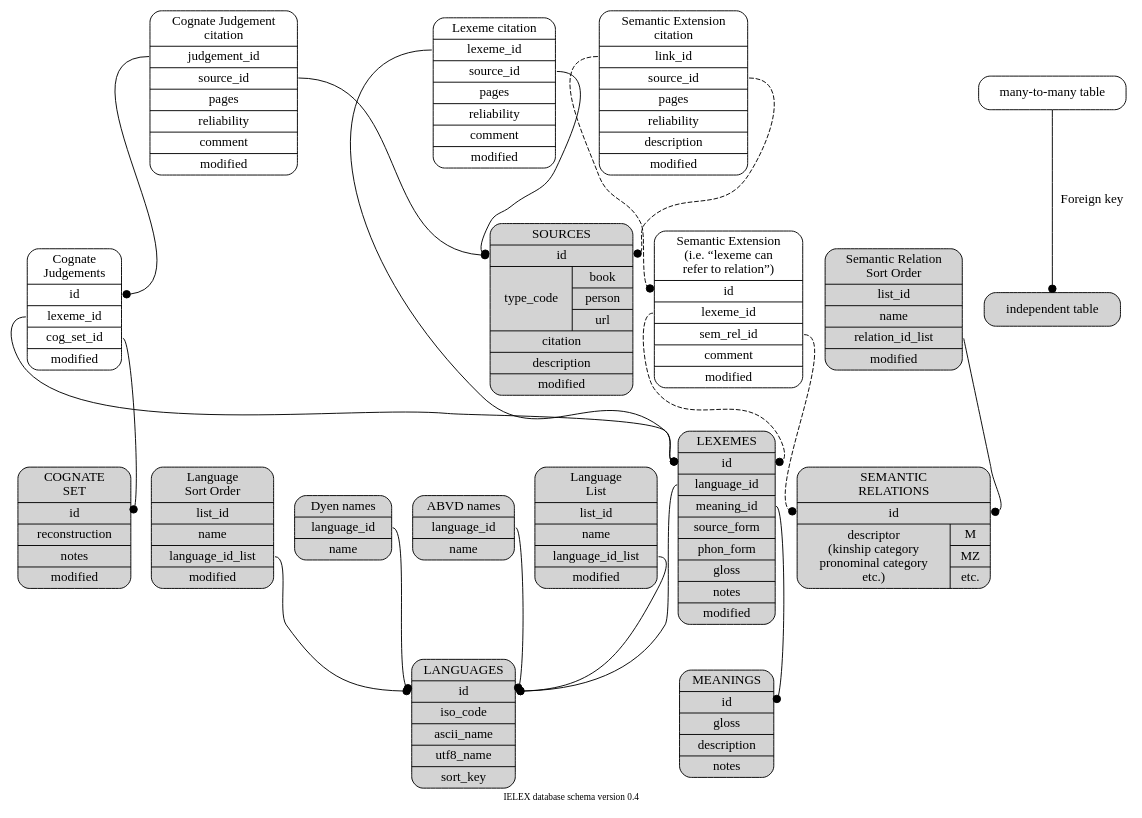
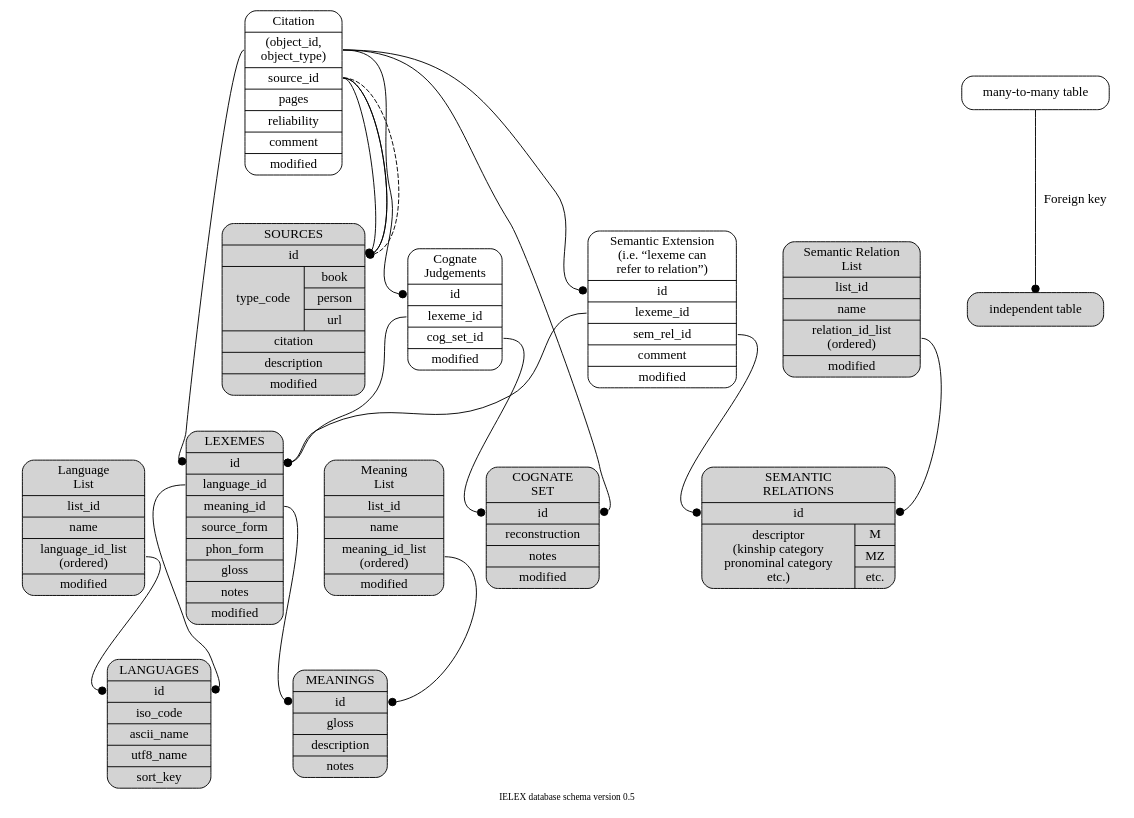
One commit to lingdb/CoBL-public changed the diagram in dev/database_structure.dot. Above: the diagram before and after it, drawn with Graphviz. The commit also changed 3 other files, not shown here.

```diff
--- a/dev/database_structure.dot
+++ b/dev/database_structure.dot
@@ -1,85 +1,75 @@
 digraph g { // neato -Tpdf -O database_structure.dot
   ordering=out;
   fontsize=10;
   overlap=scale;
   splines=true;
   sep=0.2;
   ratio=0.7;
-  label="IELEX database schema version 0.4";
+  label="IELEX database schema version 0.5";
   node [shape=Mrecord];
   edge [arrowhead=dot];
 
+  // 0
+  language_list [pos="0,4.5!", style=filled,
+	label="{Language\nList | list_id | name |<lid> language_id_list\n(ordered) | modified }"];
+  meaning_list [pos="0,2.5!", style=filled,
+	label="{Meaning\nList | list_id | name |<mid> meaning_id_list\n(ordered) | modified }"];
+  relation_list [pos="0,1!", style=filled,
+	label="{Semantic Relation\nList | list_id | name |<rid> relation_id_list\n(ordered) | modified }"];
+
+  // 1
+  language [pos="1,4!",style=filled,
+	label="{LANGUAGES |<id> id | iso_code | ascii_name | utf8_name | sort_key }"];
+  meaning [pos="1,2.5!",style=filled,
+	label="{MEANINGS |<id> id | gloss | description |notes }"];
+  relation [pos="1.5,1!",style=filled,
+	label="{SEMANTIC\nRELATIONS | <id> id |{descriptor\n(kinship category\npronominal category\netc.) |{M | MZ | etc.}}}"];
+
+  // 2
   lexeme [pos="2,3!",style=filled,
 	label="{LEXEMES |<id> id |<lid> language_id |<mid> meaning_id | source_form | phon_form | gloss | notes | modified }"];
-  source [pos="7,3!",style=filled,
-	label="{SOURCES |<id> id |{type_code |{book | person | url}}|  citation | description | modified }"];
-  meaning [pos="1,2!",style=filled,
-	label="{MEANINGS |<id> id | gloss | description |notes }"];
-  language [pos="1,4!",style=filled,
-	label="{LANGUAGES |<id> id | iso_code | ascii_name | utf8_name | sort_key }"];
+
+  // 3
+  judgement [pos="3,5!",
+	label="{Cognate\nJudgements |<id> id |<fid> lexeme_id |<cid> cog_set_id | modified }"];
+  semantic_extension [pos="3.5,2!",
+	label="{Semantic Extension\n(i.e. “lexeme can\n  refer to relation”) |<id> id |<fid> lexeme_id |<bid> sem_rel_id |  comment | modified }"];
+
+  // 4
   cogset [pos="4,4!",style=filled,
 	label="{COGNATE\nSET |<id> id | reconstruction | notes | modified }"];
-  relation [pos="4,1!",style=filled,
-	label="{SEMANTIC\nRELATIONS | <id> id |{descriptor\n(kinship category\npronominal category\netc.) |{M | MZ | etc.}}}"];
-  dyen_name [pos="0,5!",style=filled,
-	label="{Dyen names |<lid> language_id | name}"];
-  abvd_name [pos="0,4!",style=filled,
-	label="{ABVD names |<lid> language_id | name}"];
-  language_list [pos="0,3!", style=filled,
-	label="{Language\nList | list_id | name |<lid> language_id_list | modified }"];
-  sort_order [pos="0,2!", style=filled,
-	label="{Language\nSort Order | list_id | name |<lid> language_id_list | modified }"];
-  key1 [pos="0,1!", label="independent table", style=filled];
-  key2 [pos="2,1!", label="many-to-many table"];
+
+  // 5
+  citation [pos="5,3!",
+	label="{Citation |<oid> (object_id,\nobject_type) |<sid> source_id | pages | reliability | comment | modified}"];
+
+  // 6
+  source [pos="6,3!",style=filled,
+	label="{SOURCES |<id> id |{type_code |{book | person | url}}|  citation | description | modified }"];
+
+  // key
+  key1 [pos="4.5,1!", label="independent table", style=filled];
+  key2 [pos="6,1!", label="many-to-many table"];
   key2 -> key1 [label="Foreign key"];
 
-  // Many to many tables
-  judgement [pos="3,4.5!",
-	label="{Cognate\nJudgements |<id> id |<fid> lexeme_id |<cid> cog_set_id | modified }"];
-  formsource [pos="5,3!",
-	label="{Lexeme citation |<fid> lexeme_id |<sid> source_id | pages | reliability | comment | modified }"];
-  judgesource [pos="5,5!",
-	label="{Cognate Judgement\ncitation |<jid> judgement_id |<sid> source_id | pages | reliability | comment | modified }"];
-  // cogsource [pos="5,4!",
-  //	label="{Reconstruction\n sources |<cid> cog_set_id |<sid> source_id}"];
-  semantic_extension [pos="3,2!",
-	label="{Semantic Extension\n(i.e. “lexeme can\n  refer to relation”) |<id> id |<fid> lexeme_id |<bid> sem_rel_id |  comment | modified }"];
-  extension_source [pos="5,2!",
-	label="{Semantic Extension\ncitation |<lid> link_id |<sid> source_id |  pages | reliability | description | modified }"];
-  relation_sort_order [pos="5.5,1!", style=filled,
-	label="{Semantic Relation\nSort Order | list_id | name |<rid> relation_id_list | modified }"];
-
-  // meaning [pos="1,1!"];	
-  // language [pos="1,2!"];
-  // lexeme [pos="2,1.5!"];
-  // formsource [pos="4,1!"];
-  // judgesource [pos="4.5,2.5!"];
-  // cogsource [pos="5,1.5!"];
-  // source [pos="6,1.5!"];
-  // cogset [pos="4,1.5!"];
-  // judgement [pos="3,2!"];
-  // relation [pos="4,0!"];
-  // semantic_extension [pos="3,0.5!"];
-
+  // edges
+  lexeme:lid -> language:id;
+  lexeme:mid -> meaning:id;
   judgement:fid -> lexeme:id [weight=8]; 
   judgement:cid -> cogset:id [weight=8];
-  formsource:fid -> lexeme:id;
-  formsource:sid -> source:id;
-  judgesource:jid -> judgement:id;
-  judgesource:sid -> source:id;
-  // cogsource:cid -> cogset:id;
-  // cogsource:sid -> source:id;
-  lexeme:lid -> language:id;
-  lexeme:mid -> meaning:id;
+  semantic_extension:fid -> lexeme:id;
+  semantic_extension:bid -> relation:id;
 
-  semantic_extension:fid -> lexeme:id [style=dashed];
-  semantic_extension:bid -> relation:id [style=dashed];
-  extension_source:lid -> semantic_extension:id [style=dashed];
-  extension_source:sid -> source:id [style=dashed];
+  citation:oid -> lexeme:id;
+  citation:sid -> source:id;
+  citation:oid -> judgement:id;
+  citation:sid -> source:id;
+  citation:oid -> cogset:id;
+  citation:sid -> source:id;
+  citation:oid -> semantic_extension:id;
+  citation:sid -> source:id [style=dashed];
 
-  dyen_name:lid -> language:id;
-  abvd_name:lid -> language:id;
   language_list:lid -> language:id;
-  sort_order:lid -> language:id;
-  relation_sort_order:rid -> relation:id
+  meaning_list:mid -> meaning:id;
+  relation_list:rid -> relation:id
 }
```
